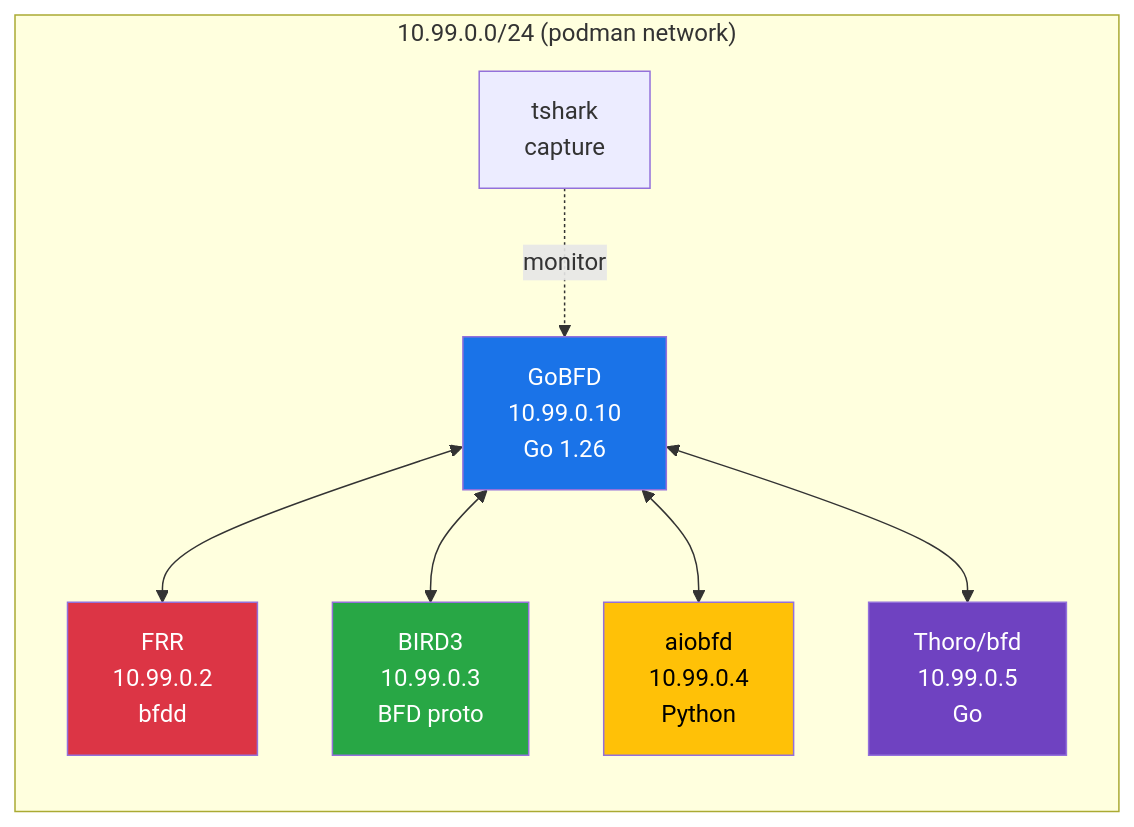
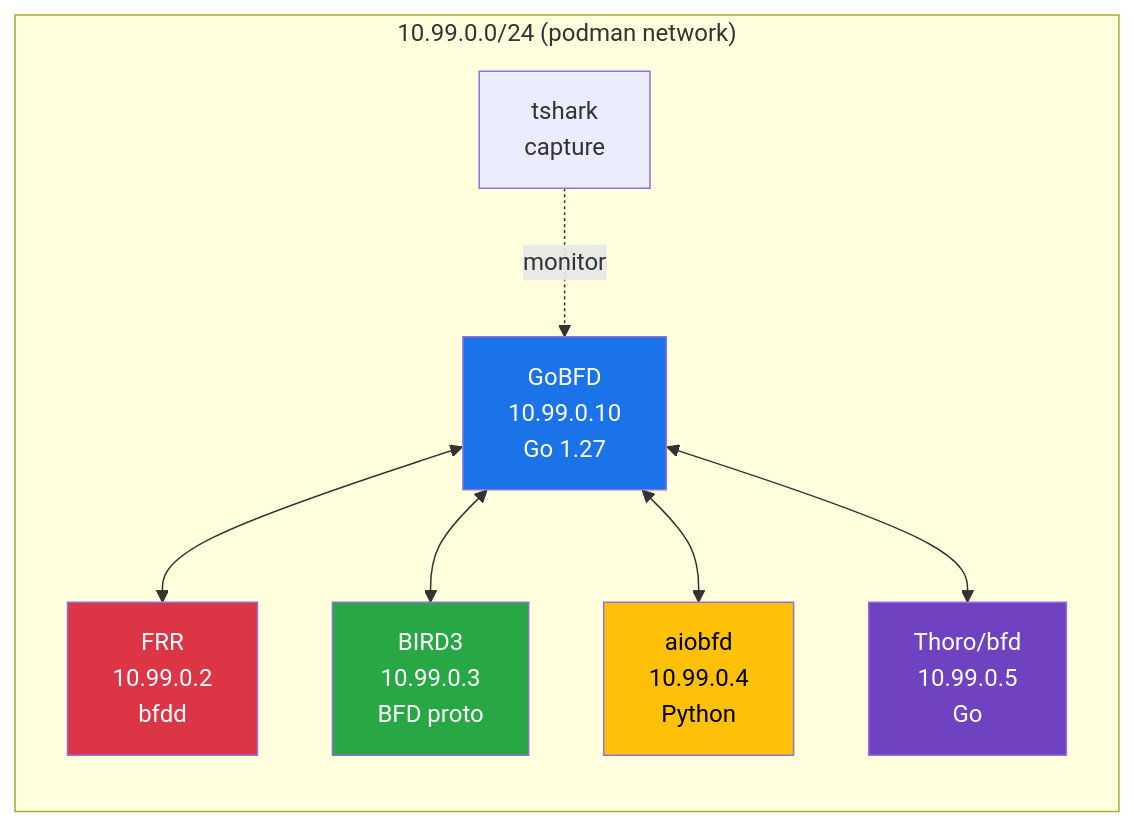
Before and after one commit to dantte-lp/gobfd: the first of 5 diagrams in docs/en/05-interop.md, drawn with Mermaid. The commit also changed 53 other files, not shown here.

````diff
--- a/docs/en/05-interop.md
+++ b/docs/en/05-interop.md
@@ -30,23 +30,23 @@
 ```mermaid
 graph LR
     subgraph "10.99.0.0/24 (podman network)"
-        GOBFD["GoBFD<br/>10.99.0.10<br/>Go 1.26"]
+        GOBFD["GoBFD<br/>10.99.0.10<br/>Go 1.27"]
         FRR["FRR<br/>10.99.0.2<br/>bfdd"]
         BIRD["BIRD3<br/>10.99.0.3<br/>BFD proto"]
         AIOBFD["aiobfd<br/>10.99.0.4<br/>Python"]
         THORO["Thoro/bfd<br/>10.99.0.5<br/>Go"]
         TSHARK["tshark<br/>capture"]
     end
 
     GOBFD <--> FRR
     GOBFD <--> BIRD
     GOBFD <--> AIOBFD
     GOBFD <--> THORO
     TSHARK -.->|monitor| GOBFD
 
     style GOBFD fill:#1a73e8,color:#fff
     style FRR fill:#dc3545,color:#fff
     style BIRD fill:#28a745,color:#fff
     style AIOBFD fill:#ffc107,color:#000
     style THORO fill:#6f42c1,color:#fff
 ```
````
